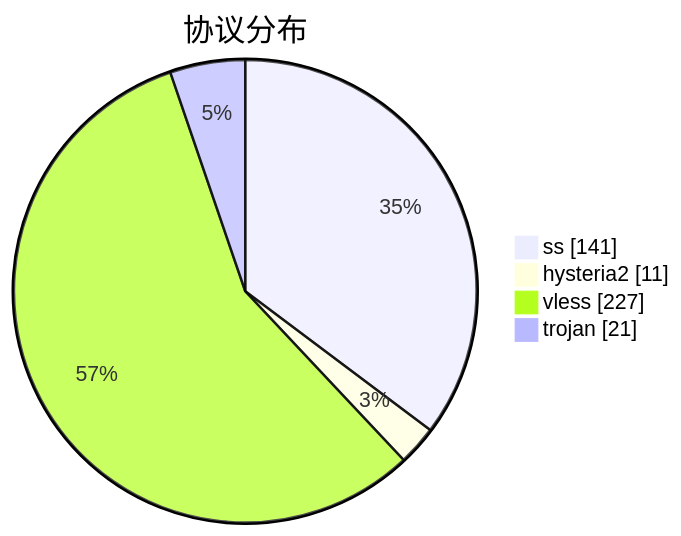
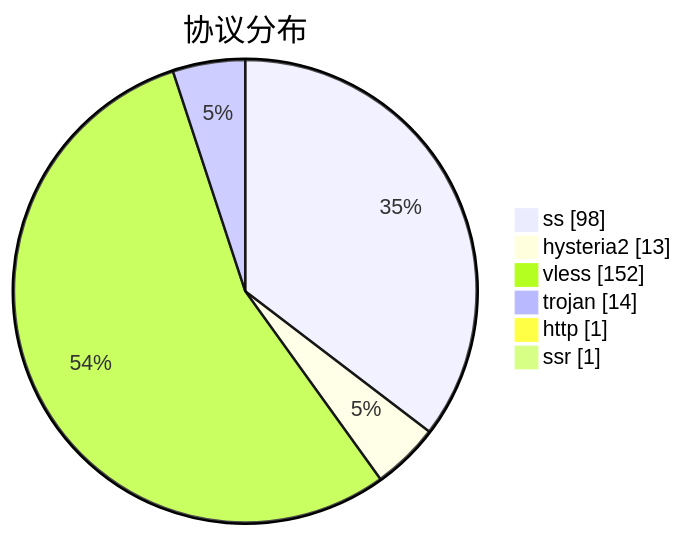
Before and after one commit to qjlxg/airport: the third of 3 diagrams in subs/statistics/tested_within.md, drawn with Mermaid. The commit also changed other lines of this file and 2 other files, not shown here.

````diff
--- a/subs/statistics/tested_within.md
+++ b/subs/statistics/tested_within.md
@@ -19,8 +18,10 @@
 ```mermaid
 pie showData
 title 协议分布
-"ss" : 141
-"hysteria2" : 11
-"vless" : 227
-"trojan" : 21
+"ss" : 98
+"hysteria2" : 13
+"vless" : 152
+"trojan" : 14
+"http" : 1
+"ssr" : 1
 ```
````
